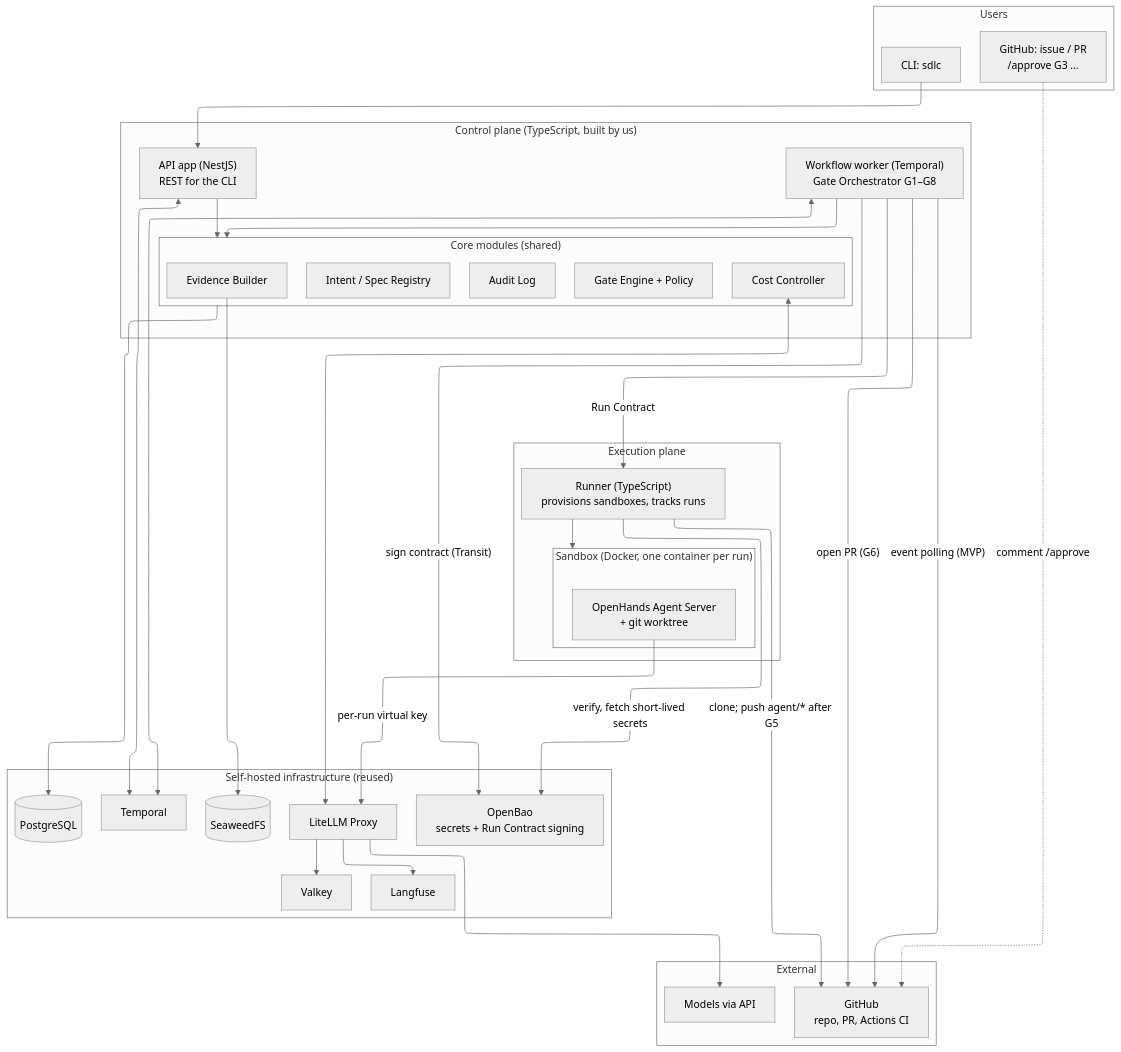
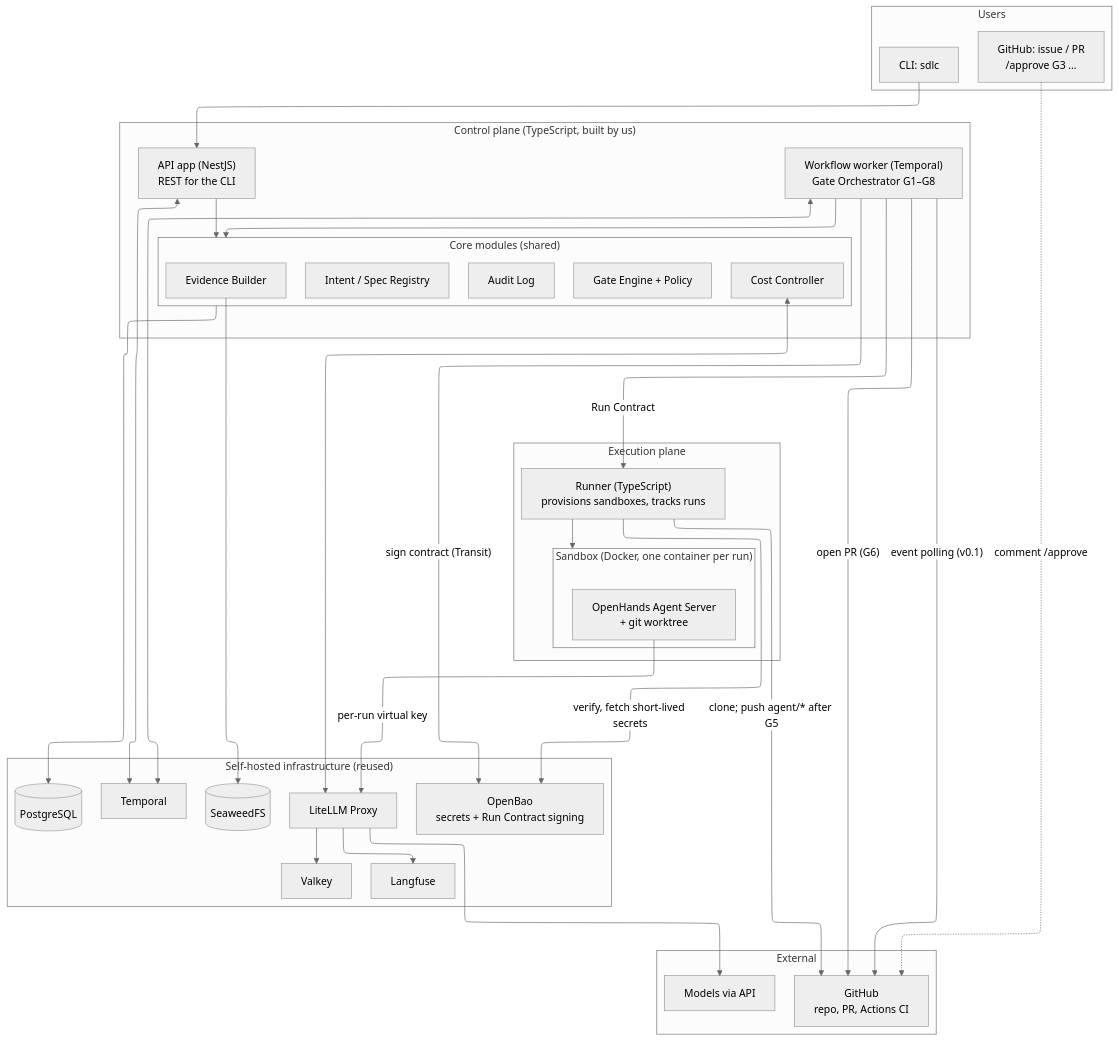
The diagram in diagrams/src/d11-mvp-architecture.mmd (hoanghainh1188/agentic-sdlc-framework), drawn with Mermaid (neutral theme) before and after one commit. The commit also changed 27 other files, not shown here.

First line of the commit message:
docs: the roadmap after v0.1 ("MVP" retired; milestones EXT, Models, Server, Later) (#256)

```diff
--- a/diagrams/src/d11-mvp-architecture.mmd
+++ b/diagrams/src/d11-mvp-architecture.mmd
@@ -1,66 +1,66 @@
 ---
 config:
   layout: elk
   flowchart:
     wrappingWidth: 300
 ---
 flowchart TB
     subgraph USER["Users"]
         CLI["CLI: sdlc"]
         GHUI["GitHub: issue / PR<br/>/approve G3 ..."]
     end
 
     subgraph CP["Control plane (TypeScript, built by us)"]
         API["API app (NestJS)<br/>REST for the CLI"]
         WK["Workflow worker (Temporal)<br/>Gate Orchestrator G1–G8"]
         subgraph MOD["Core modules (shared)"]
             REG["Intent / Spec Registry"]
             GATE["Gate Engine + Policy"]
             COST["Cost Controller"]
             EVD["Evidence Builder"]
             AUD["Audit Log"]
         end
     end
 
     subgraph EP["Execution plane"]
         RUN["Runner (TypeScript)<br/>provisions sandboxes, tracks runs"]
         subgraph SB["Sandbox (Docker, one container per run)"]
             OH["OpenHands Agent Server<br/>+ git worktree"]
         end
     end
 
     subgraph INFRA["Self-hosted infrastructure (reused)"]
         PG[("PostgreSQL")]
         TMP["Temporal"]
         LL["LiteLLM Proxy"]
         LF["Langfuse"]
         S3[("SeaweedFS")]
         VK["Valkey"]
         VAULT["OpenBao<br/>secrets + Run Contract signing"]
     end
 
     subgraph EXT["External"]
         GH["GitHub<br/>repo, PR, Actions CI"]
         LLM["Models via API"]
     end
 
     CLI --> API
     GHUI -. "comment /approve" .-> GH
-    WK -- "event polling (MVP)" --> GH
+    WK -- "event polling (v0.1)" --> GH
     API --> MOD
     WK --> MOD
     API <--> TMP
     WK <--> TMP
     WK -- "Run Contract" --> RUN
     RUN --> SB
     OH -- "per-run virtual key" --> LL
     LL --> LLM
     LL --> LF
     LL --> VK
     RUN -- "clone; push agent/* after G5" --> GH
     WK -- "open PR (G6)" --> GH
     MOD --> PG
     EVD --> S3
     COST <--> LL
     WK -- "sign contract (Transit)" --> VAULT
     RUN -- "verify, fetch short-lived secrets" --> VAULT
```
